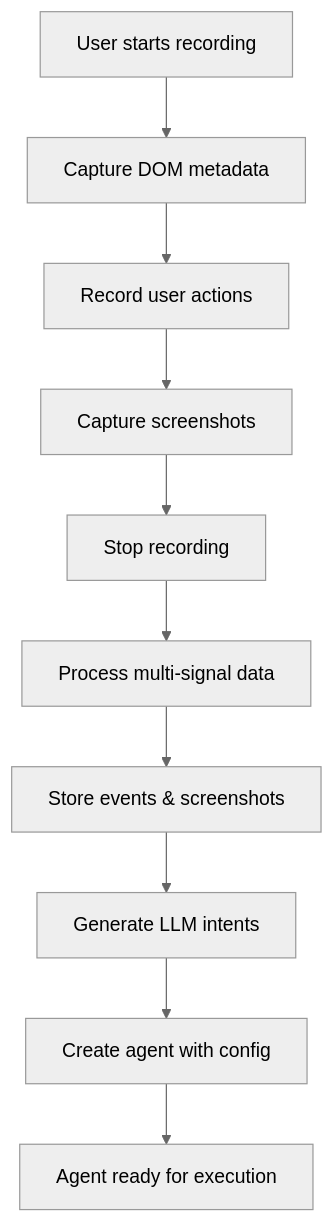
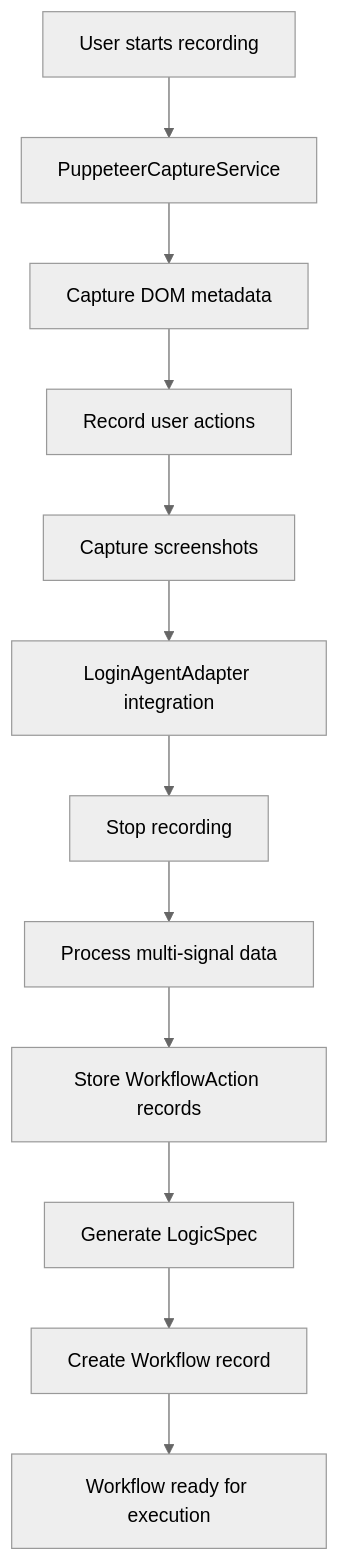
The seventh of 11 diagrams in ARCHITECTURE.md (richvergo/subtract), drawn with Mermaid (neutral theme) before and after one commit. The commit also changed other lines of this file and 148 other files, not shown here.

````diff
--- a/ARCHITECTURE.md
+++ b/ARCHITECTURE.md
@@ -78,12 +329,14 @@
 ```mermaid
 graph TD
-    A[User starts recording] --> B[Capture DOM metadata]
-    B --> C[Record user actions]
-    C --> D[Capture screenshots]
-    D --> E[Stop recording]
-    E --> F[Process multi-signal data]
-    F --> G[Store events & screenshots]
-    G --> H[Generate LLM intents]
-    H --> I[Create agent with config]
-    I --> J[Agent ready for execution]
+    A[User starts recording] --> B[PuppeteerCaptureService]
+    B --> C[Capture DOM metadata]
+    C --> D[Record user actions]
+    D --> E[Capture screenshots]
+    E --> F[LoginAgentAdapter integration]
+    F --> G[Stop recording]
+    G --> H[Process multi-signal data]
+    H --> I[Store WorkflowAction records]
+    I --> J[Generate LogicSpec]
+    J --> K[Create Workflow record]
+    K --> L[Workflow ready for execution]
 ```
````
